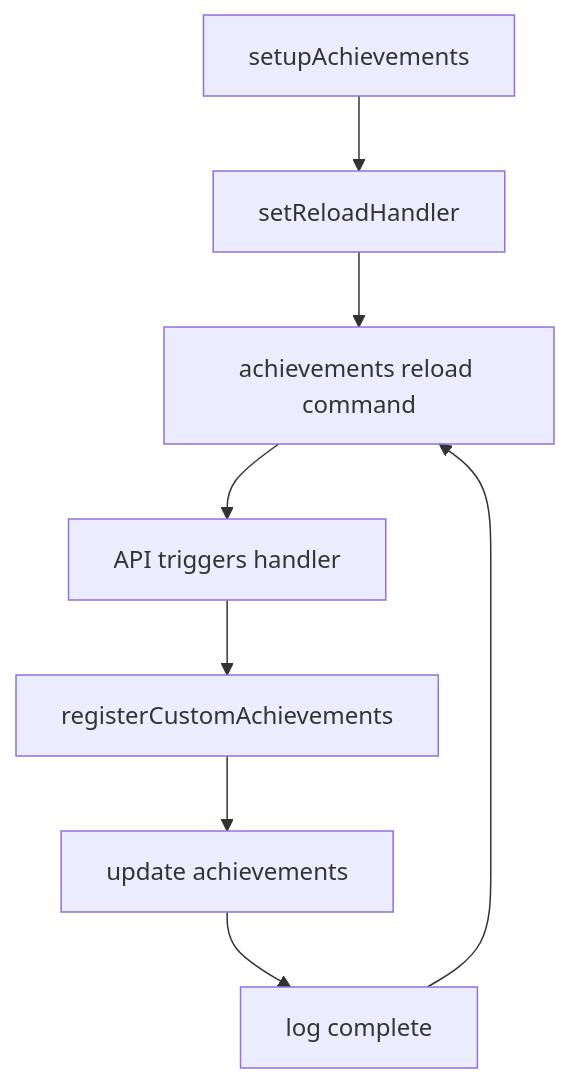
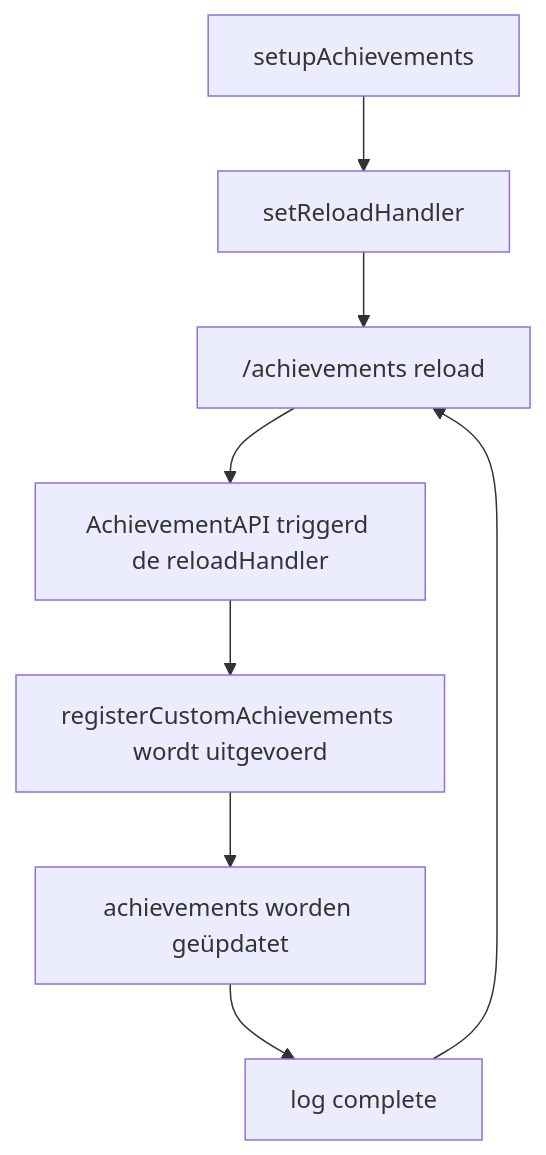
The diagram in Docs/docs/02-installatie.mdx (Marten-Mrfc/Achievements), drawn with Mermaid before and after one commit. The commit also changed other lines of this file, not shown here.

Commit message:
[Docs] naar nederlands dit

````diff
--- a/Docs/docs/02-installatie.mdx
+++ b/Docs/docs/02-installatie.mdx
@@ -131,10 +131,10 @@
 ```mermaid
 graph TD
   A[setupAchievements] --> B[setReloadHandler]
-  B --> C[achievements reload command]
-  C --> D[API triggers handler]
-  D --> E[registerCustomAchievements]
-  E --> F[update achievements]
+  B --> C[ /achievements reload]
+  C --> D[AchievementAPI triggerd de reloadHandler]
+  D --> E[registerCustomAchievements wordt uitgevoerd]
+  E --> F[achievements worden geüpdatet]
   F --> G[log complete]
   G --> C
 ```
````
